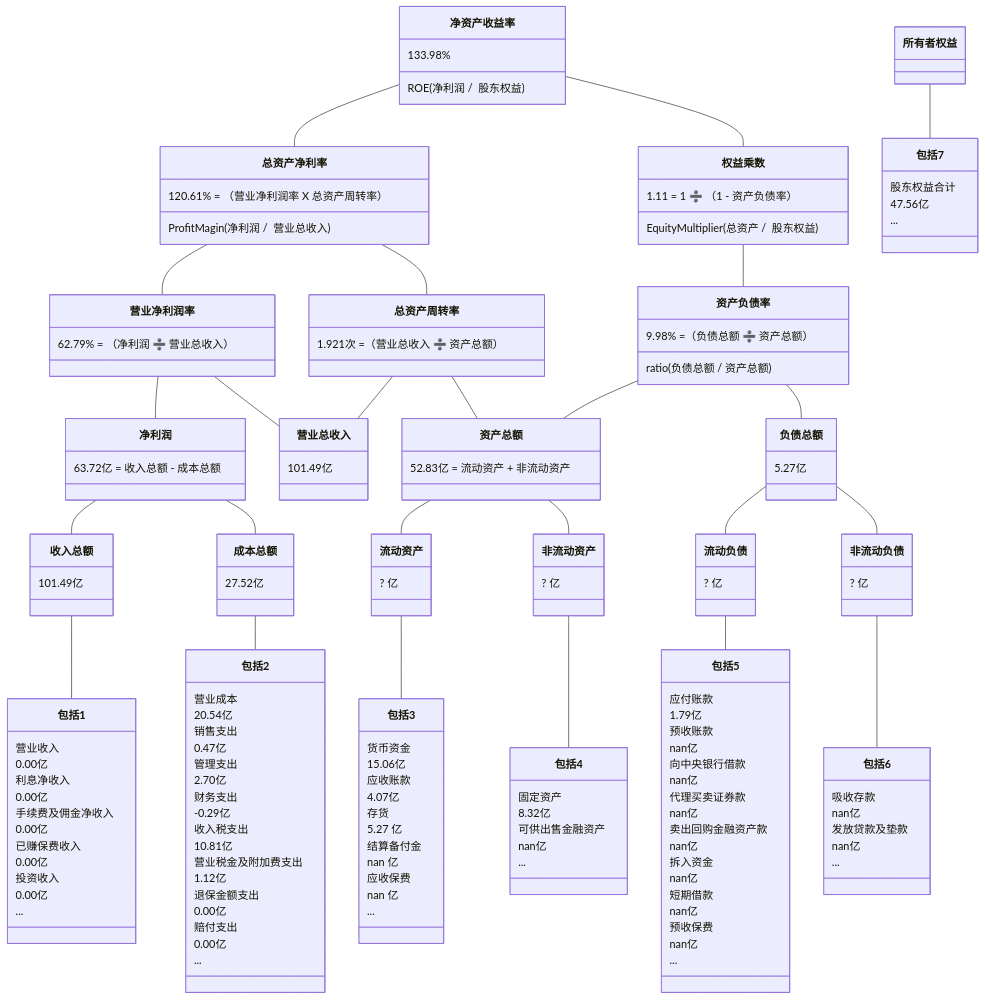
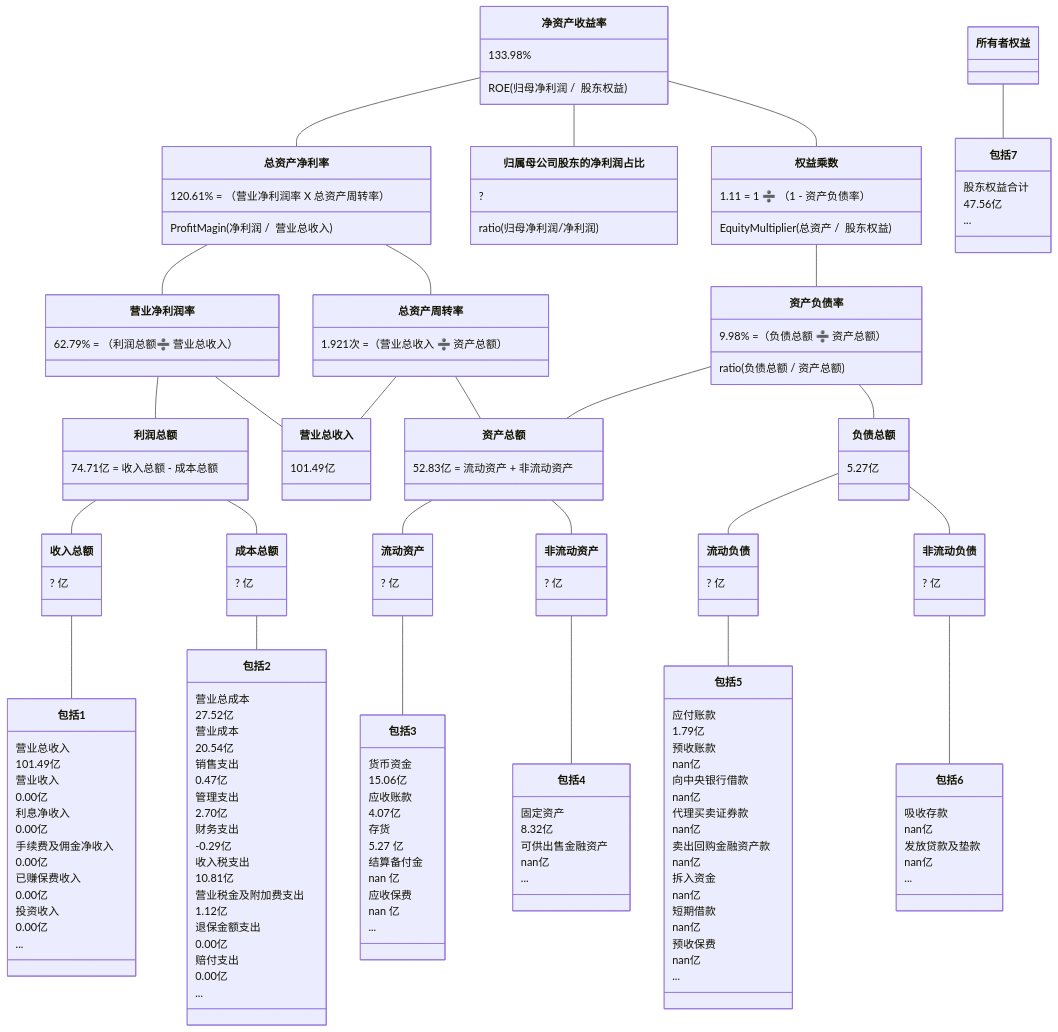
One commit to TheVeryDarkness/cs410 changed the seventh of 10 diagrams in 2/2.md. Above: the diagram before and after it, drawn with Mermaid. The commit also changed other lines of this file and 55 other files, not shown here.

```diff
--- a/2/2.md
+++ b/2/2.md
@@ -749,23 +791,26 @@
 classDiagram
 净资产收益率 -- 总资产净利率
     净资产收益率 : 133.98%
-    净资产收益率 : ROE(净利润 /  股东权益)
+    净资产收益率 : ROE(归母净利润 /  股东权益)
     总资产净利率 : 120.61% = （营业净利润率 X 总资产周转率）
     总资产净利率 : ProfitMagin(净利润 /  营业总收入)
+净资产收益率 -- 归属母公司股东的净利润占比
+	归属母公司股东的净利润占比 : ?
+	归属母公司股东的净利润占比 : ratio(归母净利润/净利润)
 净资产收益率 -- 权益乘数
     权益乘数 : 1.11 = 1 ➗ （1 - 资产负债率）
     权益乘数 : EquityMultiplier(总资产 /  股东权益)
     
 总资产净利率 -- 营业净利润率
-    营业净利润率 : 62.79% = （净利润 ➗ 营业总收入）
+    营业净利润率 : 62.79% = （利润总额➗ 营业总收入）
 总资产净利率 -- 总资产周转率
     总资产周转率 : 1.921次 =（营业总收入 ➗ 资产总额）
 权益乘数 -- 资产负债率
     资产负债率  : 9.98% =（负债总额 ➗ 资产总额）
     资产负债率  : ratio(负债总额 / 资产总额)
 
-营业净利润率 -- 净利润
-    净利润 : 63.72亿 = 收入总额 - 成本总额
+营业净利润率 -- 利润总额
+   利润总额 : 74.71亿 = 收入总额 - 成本总额
 营业净利润率 -- 营业总收入
     营业总收入 : 101.49亿
 总资产周转率 -- 营业总收入
@@ -776,10 +821,10 @@
 资产负债率 -- 　资产总额
 
 
-净利润 -- 收入总额
-    收入总额 : 101.49亿
-净利润 -- 成本总额
-    成本总额 : 27.52亿
+利润总额 -- 收入总额
+    收入总额 : ? 亿
+利润总额 -- 成本总额
+    成本总额 : ? 亿
 资产总额 -- 流动资产
 	流动资产 : ? 亿
 资产总额 -- 非流动资产
@@ -790,6 +835,8 @@
 	非流动负债 : ? 亿
 
 收入总额 -- 包括1
+    包括1 : 营业总收入
+    包括1 : 101.49亿
     包括1 : 营业收入
     包括1 : 0.00亿
     包括1 : 利息净收入
@@ -802,6 +849,8 @@
     包括1 : 0.00亿
     包括1 : ...
 成本总额 -- 包括2
+    包括2 : 营业总成本
+    包括2 : 27.52亿
     包括2 : 营业成本
     包括2 : 20.54亿
     包括2 : 销售支出
```
